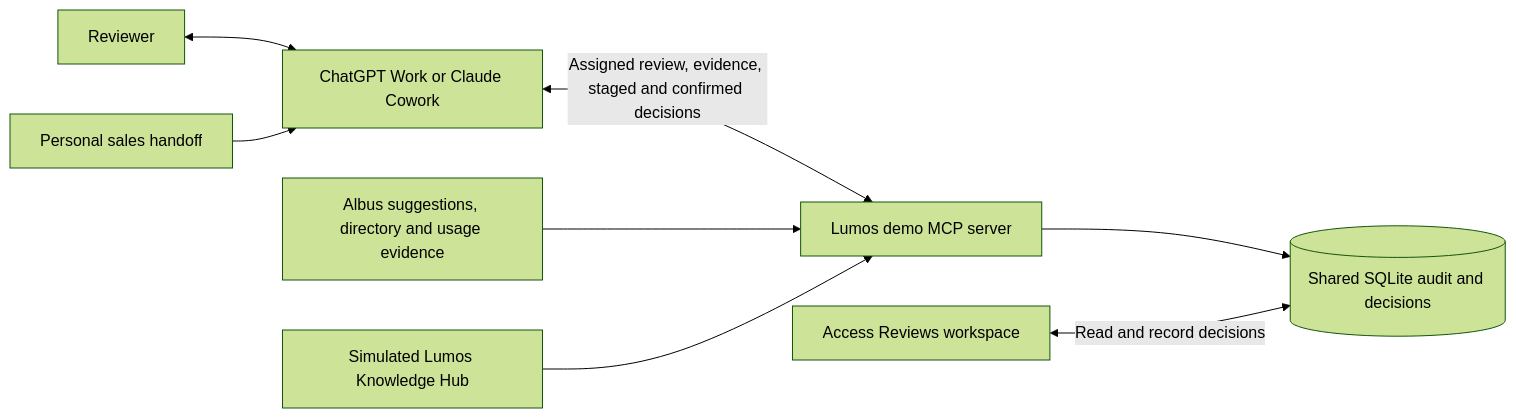
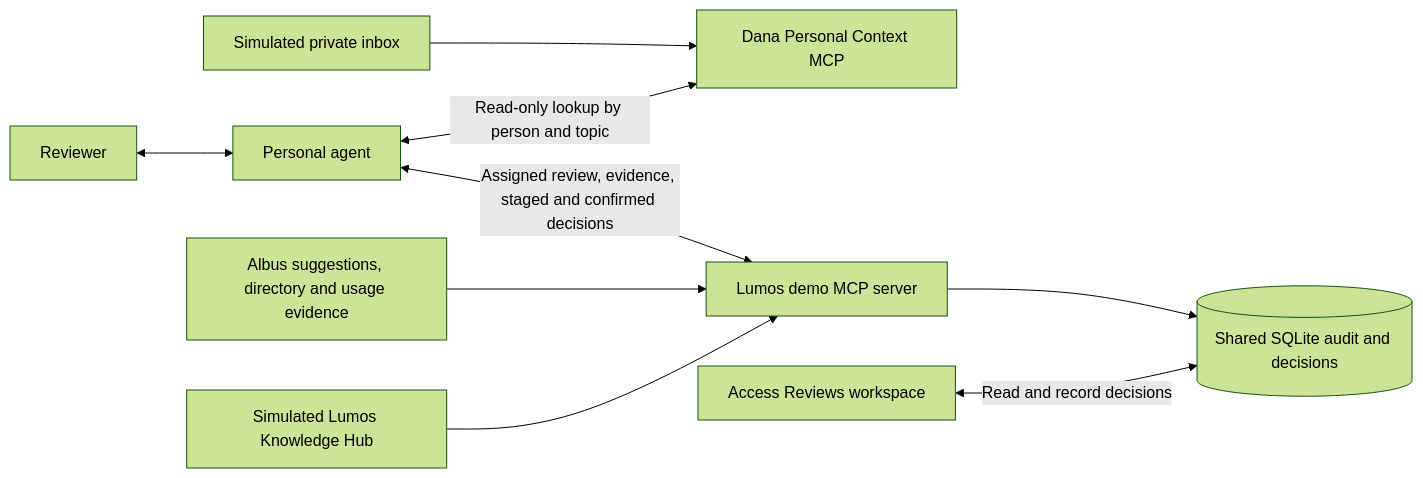
One commit to BlakeB-PM/lumos-review-demo changed the first of 2 diagrams in docs/diagrams.md. Above: the diagram before and after it, drawn with Mermaid (forest theme). The commit also changed other lines of this file and 10 other files, not shown here.

Commit message:
Add separate personal context MCP and document review workflow

```diff
--- a/docs/diagrams.md
+++ b/docs/diagrams.md
@@ -3,10 +3,11 @@
 ~~~mermaid
 flowchart LR
-    H[Reviewer] <--> C[ChatGPT Work or Claude Cowork]
-    P[Personal sales handoff] --> C
+    H[Reviewer] <--> C[Personal agent]
+    P[Simulated private inbox] --> M[Dana Personal Context MCP]
+    C <-->|Read-only lookup by person and topic| M
     C <-->|Assigned review, evidence, staged and confirmed decisions| S[Lumos demo MCP server]
     F[Albus suggestions, directory and usage evidence] --> S
     K[Simulated Lumos Knowledge Hub] --> S
     S --> D[(Shared SQLite audit and decisions)]
     R[Access Reviews workspace] <-->|Read and record decisions| D
 ~~~
```
